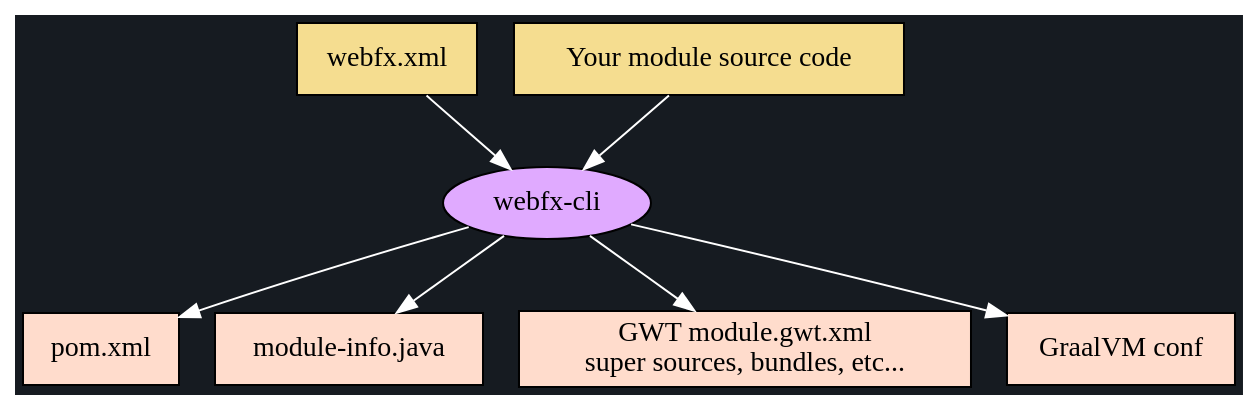
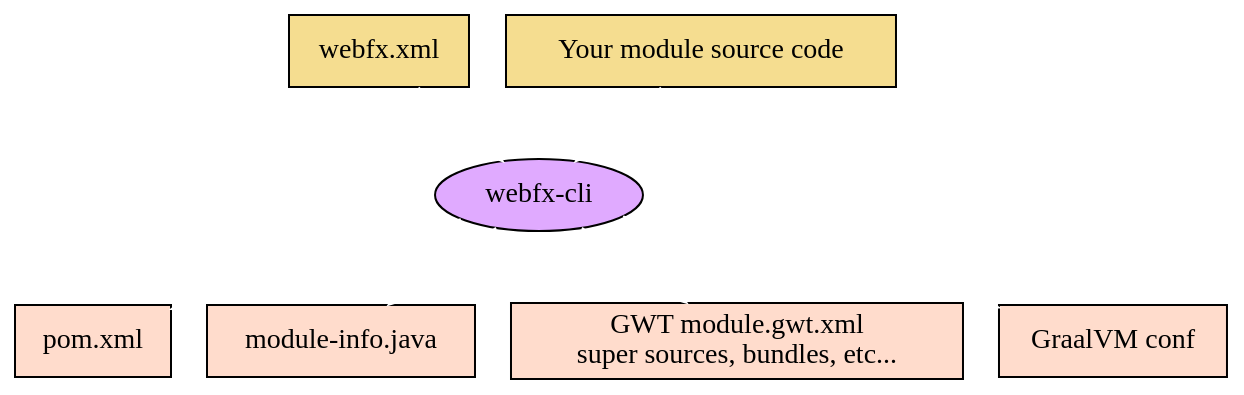
The diagram in src/main/asciidoc/webfx-readmes/webfx-cli-dark.adoc (webfx-project/webfx-docs), drawn with Graphviz before and after one commit. The commit also changed 5 other files, not shown here.

Commit message:
Changed diagram background color to transparent in dark mode

```diff
--- a/src/main/asciidoc/webfx-readmes/webfx-cli-dark.adoc
+++ b/src/main/asciidoc/webfx-readmes/webfx-cli-dark.adoc
@@ -2,16 +2,16 @@
 [graphviz, webfx-cli-dark, format=svg]
 ----
-digraph { bgcolor="#161B21" edge [color=white]
+digraph { bgcolor="transparent" edge [color=white]
     node [ shape=rectangle, fillcolor="#ffdccc", style=filled];
     WebFXCli [label="webfx-cli", shape=ellipse, fillcolor="#e0aaff"];
     WebFXXml [label="webfx.xml", fillcolor="#f5dd90"];
     Code [label="Your module source code", fillcolor="#f5dd90"];
     WebFXXml -> WebFXCli [color=white]
     Code -> WebFXCli
     WebFXCli -> "pom.xml"
     WebFXCli -> "module-info.java"
     WebFXCli -> "GWT module.gwt.xml
 super sources, bundles, etc..."
     WebFXCli -> "GraalVM conf"
 }
 ----
```
